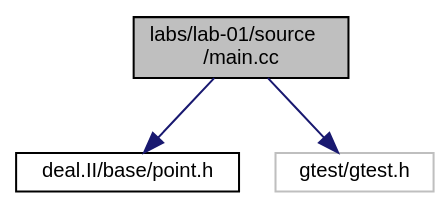
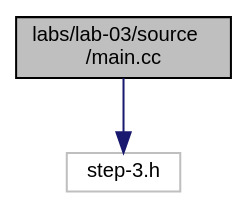
Before and after one commit to mbarnaba/fem-with-dealii-2022: the diagram in main_8cc__incl.dot, drawn with Graphviz. The commit also changed 379 other files, not shown here.

```diff
--- a/main_8cc__incl.dot
+++ b/main_8cc__incl.dot
@@ -1,12 +1,10 @@
-digraph "labs/lab-01/source/main.cc"
+digraph "labs/lab-03/source/main.cc"
 {
  // LATEX_PDF_SIZE
   bgcolor="transparent";
   edge [fontname="Helvetica",fontsize="10",labelfontname="Helvetica",labelfontsize="10"];
   node [fontname="Helvetica",fontsize="10",shape=record];
-  Node1 [label="labs/lab-01/source\l/main.cc",height=0.2,width=0.4,color="black", fillcolor="grey75", style="filled", fontcolor="black",tooltip=" "];
+  Node1 [label="labs/lab-03/source\l/main.cc",height=0.2,width=0.4,color="black", fillcolor="grey75", style="filled", fontcolor="black",tooltip=" "];
   Node1 -> Node2 [color="midnightblue",fontsize="10",style="solid",fontname="Helvetica"];
-  Node2 [label="deal.II/base/point.h",height=0.2,width=0.4,color="black",URL="/__w/fem-with-dealii-2022/fem-with-dealii-2022/deal.tag$base_2point_8h.html.html",tooltip=" "];
-  Node1 -> Node3 [color="midnightblue",fontsize="10",style="solid",fontname="Helvetica"];
-  Node3 [label="gtest/gtest.h",height=0.2,width=0.4,color="grey75",tooltip=" "];
+  Node2 [label="step-3.h",height=0.2,width=0.4,color="grey75",tooltip=" "];
 }
```
